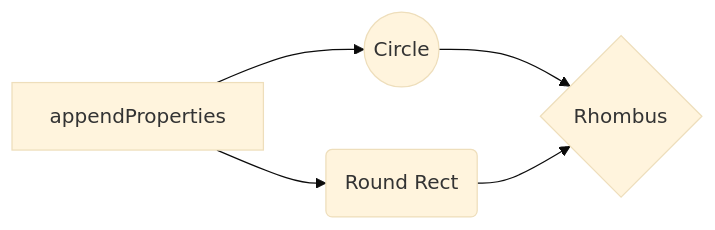
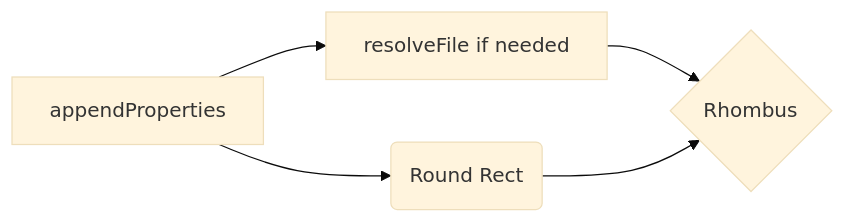
Before and after one commit to zhudongdong/docs: the third of 3 diagrams in dubbo/dubbo.md, drawn with Mermaid (base theme). The commit also changed other lines of this file, not shown here.

Commit message:
Uploaded by https://stackedit.io/

````diff
--- a/dubbo/dubbo.md
+++ b/dubbo/dubbo.md
@@ -212,7 +212,7 @@
 ```mermaid
 graph LR
-A[appendProperties] --> B((Circle))
+A[appendProperties] --> B[resolveFile if needed]
 A --> C(Round Rect)
 B --> D{Rhombus}
 C --> D
 ```
````
